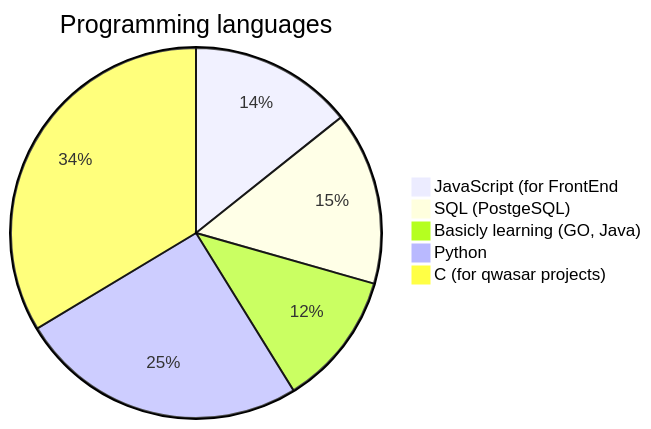
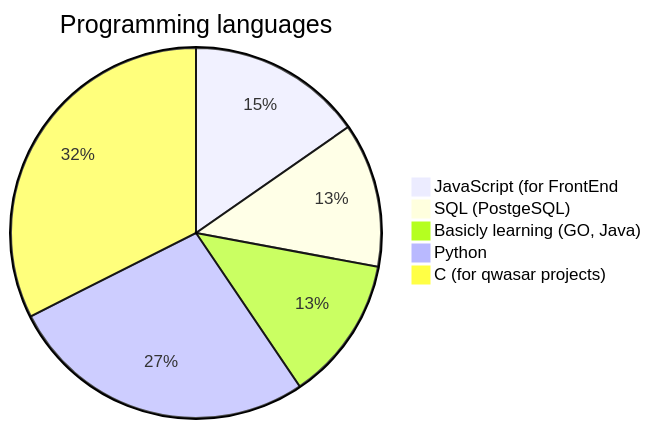
The diagram in README.md (holmon-alp/holmon-alp), drawn with Mermaid before and after one commit.

````diff
--- a/README.md
+++ b/README.md
@@ -19,9 +19,9 @@
 ```mermaid
 pie
     title Programming languages
     "JavaScript (for FrontEnd" : 85
-    "SQL (PostgeSQL)" : 90
+    "SQL (PostgeSQL)" : 70
     "Basicly learning (GO, Java)" : 70
     "Python" : 150
-    "C (for qwasar projects)" : 200
+    "C (for qwasar projects)" : 180
 ```
````
